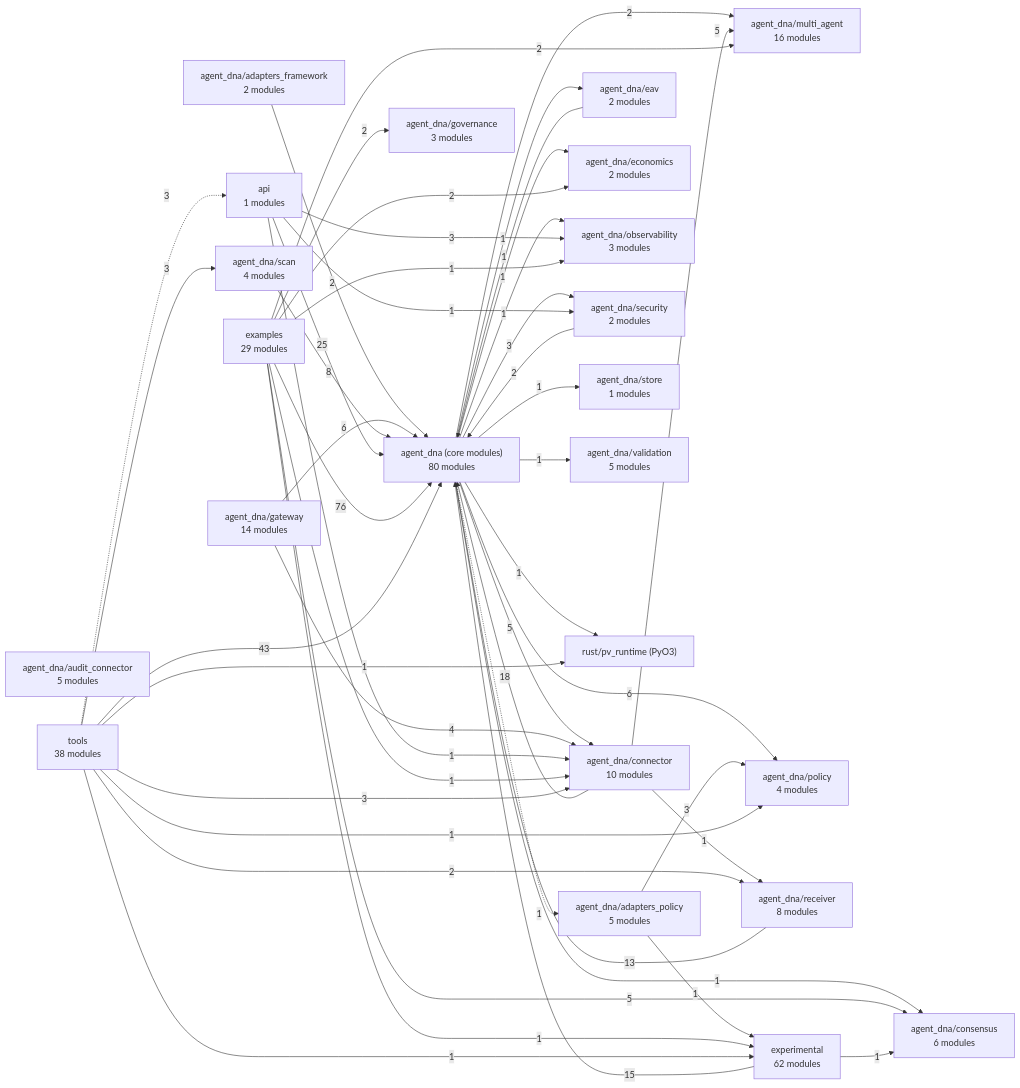
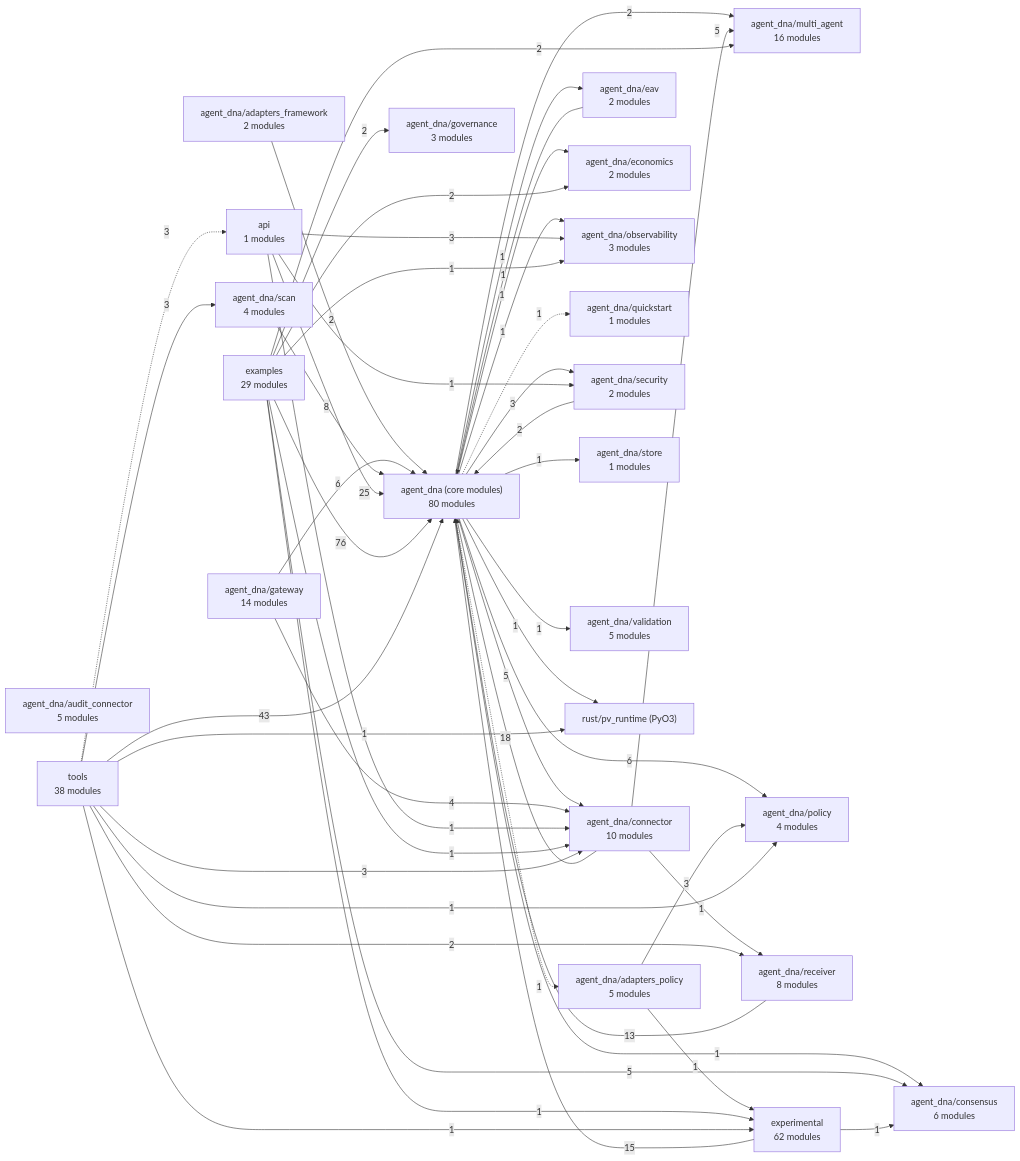
One commit to LOLA0786/privatevault-agent-dna changed the diagram in docs/architecture/MAP.md. Above: the diagram before and after it, drawn with Mermaid. The commit also changed other lines of this file and 17 other files, not shown here.

````diff
--- a/docs/architecture/MAP.md
+++ b/docs/architecture/MAP.md
@@ -7,72 +7,74 @@
 ```mermaid
 flowchart LR
   n0["agent_dna (core modules)<br/>80 modules"]
   n1["agent_dna/adapters_framework<br/>2 modules"]
   n2["agent_dna/adapters_policy<br/>5 modules"]
   n3["agent_dna/audit_connector<br/>5 modules"]
   n4["agent_dna/connector<br/>10 modules"]
   n5["agent_dna/consensus<br/>6 modules"]
   n6["agent_dna/eav<br/>2 modules"]
   n7["agent_dna/economics<br/>2 modules"]
   n8["agent_dna/gateway<br/>14 modules"]
   n9["agent_dna/governance<br/>3 modules"]
   n10["agent_dna/multi_agent<br/>16 modules"]
   n11["agent_dna/observability<br/>3 modules"]
   n12["agent_dna/policy<br/>4 modules"]
-  n13["agent_dna/receiver<br/>8 modules"]
-  n14["agent_dna/scan<br/>4 modules"]
-  n15["agent_dna/security<br/>2 modules"]
-  n16["agent_dna/store<br/>1 modules"]
-  n17["agent_dna/validation<br/>5 modules"]
-  n18["api<br/>1 modules"]
-  n19["examples<br/>29 modules"]
-  n20["experimental<br/>62 modules"]
-  n21["rust/pv_runtime (PyO3)"]
-  n22["tools<br/>38 modules"]
+  n13["agent_dna/quickstart<br/>1 modules"]
+  n14["agent_dna/receiver<br/>8 modules"]
+  n15["agent_dna/scan<br/>4 modules"]
+  n16["agent_dna/security<br/>2 modules"]
+  n17["agent_dna/store<br/>1 modules"]
+  n18["agent_dna/validation<br/>5 modules"]
+  n19["api<br/>1 modules"]
+  n20["examples<br/>29 modules"]
+  n21["experimental<br/>62 modules"]
+  n22["rust/pv_runtime (PyO3)"]
+  n23["tools<br/>38 modules"]
   n0 -.->|1| n2
   n0 -->|5| n4
   n0 -->|1| n5
   n0 -->|1| n6
   n0 -->|1| n7
   n0 -->|2| n10
   n0 -->|1| n11
   n0 -->|6| n12
-  n0 -->|3| n15
-  n0 -->|1| n16
+  n0 -.->|1| n13
+  n0 -->|3| n16
   n0 -->|1| n17
-  n0 -->|1| n21
+  n0 -->|1| n18
+  n0 -->|1| n22
   n1 -->|2| n0
   n2 -->|3| n12
-  n2 -->|1| n20
+  n2 -->|1| n21
   n4 -->|18| n0
   n4 -->|5| n10
-  n4 -->|1| n13
+  n4 -->|1| n14
   n6 -->|1| n0
   n8 -->|6| n0
   n8 -->|4| n4
-  n13 -->|13| n0
-  n14 -->|8| n0
-  n15 -->|2| n0
-  n18 -->|25| n0
-  n18 -->|1| n4
-  n18 -->|3| n11
-  n18 -->|1| n15
-  n19 -->|76| n0
+  n14 -->|13| n0
+  n15 -->|8| n0
+  n16 -->|2| n0
+  n19 -->|25| n0
   n19 -->|1| n4
-  n19 -->|5| n5
-  n19 -->|2| n7
-  n19 -->|2| n9
-  n19 -->|2| n10
-  n19 -->|1| n11
-  n19 -->|1| n20
-  n20 -->|15| n0
-  n20 -->|1| n5
-  n22 -->|43| n0
-  n22 -->|3| n4
-  n22 -->|1| n12
-  n22 -->|2| n13
-  n22 -->|3| n14
-  n22 -.->|3| n18
-  n22 -->|1| n20
-  n22 -->|1| n21
+  n19 -->|3| n11
+  n19 -->|1| n16
+  n20 -->|76| n0
+  n20 -->|1| n4
+  n20 -->|5| n5
+  n20 -->|2| n7
+  n20 -->|2| n9
+  n20 -->|2| n10
+  n20 -->|1| n11
+  n20 -->|1| n21
+  n21 -->|15| n0
+  n21 -->|1| n5
+  n23 -->|43| n0
+  n23 -->|3| n4
+  n23 -->|1| n12
+  n23 -->|2| n14
+  n23 -->|3| n15
+  n23 -.->|3| n19
+  n23 -->|1| n21
+  n23 -->|1| n22
 ```
````
